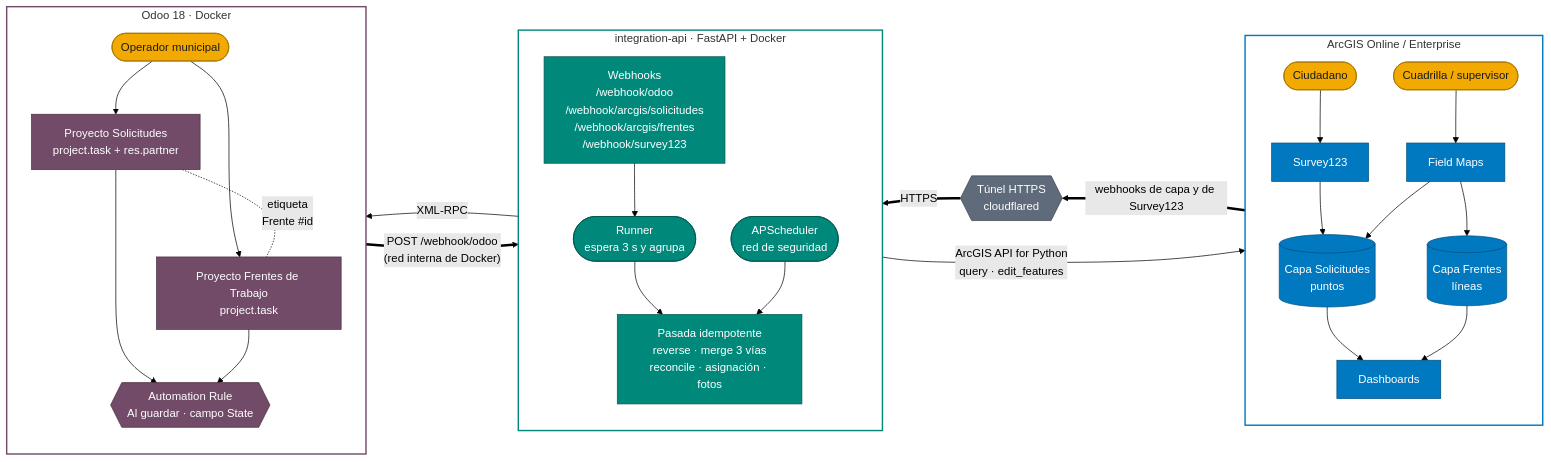
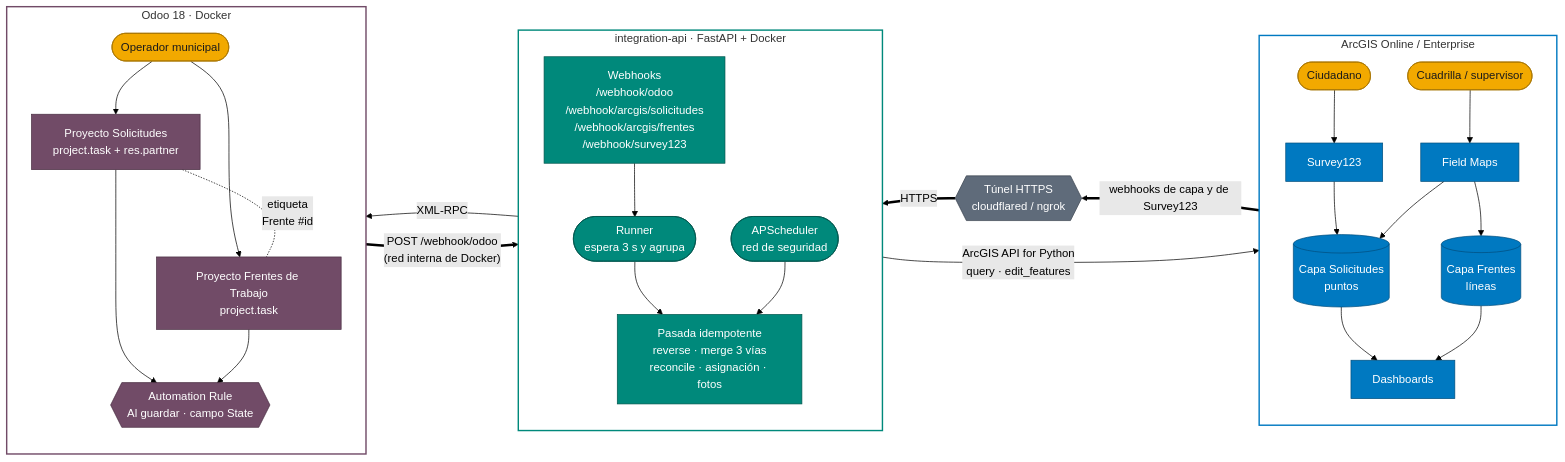
The first of 9 diagrams in README.md (osbonilla/IntegracionOdooArcGIS), drawn with Mermaid (forest theme) before and after one commit. The commit also changed other lines of this file and 2 other files, not shown here.

Commit message:
Publicación de la API: ngrok y ArcGIS Enterprise

````diff
--- a/README.md
+++ b/README.md
@@ -65,64 +66,64 @@
 ```mermaid
 flowchart RL
     subgraph ODOO["Odoo 18 · Docker"]
         direction TB
         operador(["Operador municipal"])
         sol["Proyecto Solicitudes<br/>project.task + res.partner"]
         fre["Proyecto Frentes de Trabajo<br/>project.task"]
         rule{{"Automation Rule<br/>Al guardar · campo State"}}
         operador --> sol
         operador --> fre
         sol -. "etiqueta<br/>Frente #id" .- fre
         sol --> rule
         fre --> rule
     end
 
     subgraph API["integration-api · FastAPI + Docker"]
         direction TB
         hooks["Webhooks<br/>/webhook/odoo<br/>/webhook/arcgis/solicitudes<br/>/webhook/arcgis/frentes<br/>/webhook/survey123"]
         runner(["Runner<br/>espera 3 s y agrupa"])
         sched(["APScheduler<br/>red de seguridad"])
         pipe["Pasada idempotente<br/>reverse · merge 3 vías<br/>reconcile · asignación · fotos"]
         hooks --> runner --> pipe
         sched --> pipe
     end
 
-    TUN{{"Túnel HTTPS<br/>cloudflared"}}
+    TUN{{"Túnel HTTPS<br/>cloudflared / ngrok"}}
 
     subgraph ESRI["ArcGIS Online / Enterprise"]
         direction TB
         ciudadano(["Ciudadano"])
         cuadrilla(["Cuadrilla / supervisor"])
         s123["Survey123"]
         fm["Field Maps"]
         pts[("Capa Solicitudes<br/>puntos")]
         lin[("Capa Frentes<br/>líneas")]
         dash["Dashboards"]
         ciudadano --> s123 --> pts
         cuadrilla --> fm
         fm --> pts
         fm --> lin
         pts --> dash
         lin --> dash
     end
 
     ODOO == "POST /webhook/odoo<br/>(red interna de Docker)" ==> API
     API -- "XML-RPC" --> ODOO
     ESRI == "webhooks de capa y de Survey123" ==> TUN
     TUN == "HTTPS" ==> API
     API -- "ArcGIS API for Python<br/>query · edit_features" --> ESRI
 
     classDef odoo fill:#714B67,stroke:#4a2f43,color:#ffffff
     classDef api fill:#00897B,stroke:#00564d,color:#ffffff
     classDef esri fill:#0079C1,stroke:#004f7e,color:#ffffff
     classDef actor fill:#F2A900,stroke:#a87500,color:#1a1a1a
     classDef net fill:#5f6b7a,stroke:#3c4550,color:#ffffff
     class sol,fre,rule odoo
     class hooks,runner,sched,pipe api
     class s123,fm,pts,lin,dash esri
     class operador,ciudadano,cuadrilla actor
     class TUN net
     style ODOO fill:transparent,stroke:#714B67,stroke-width:2px
     style API fill:transparent,stroke:#00897B,stroke-width:2px
     style ESRI fill:transparent,stroke:#0079C1,stroke-width:2px
 ```
````
